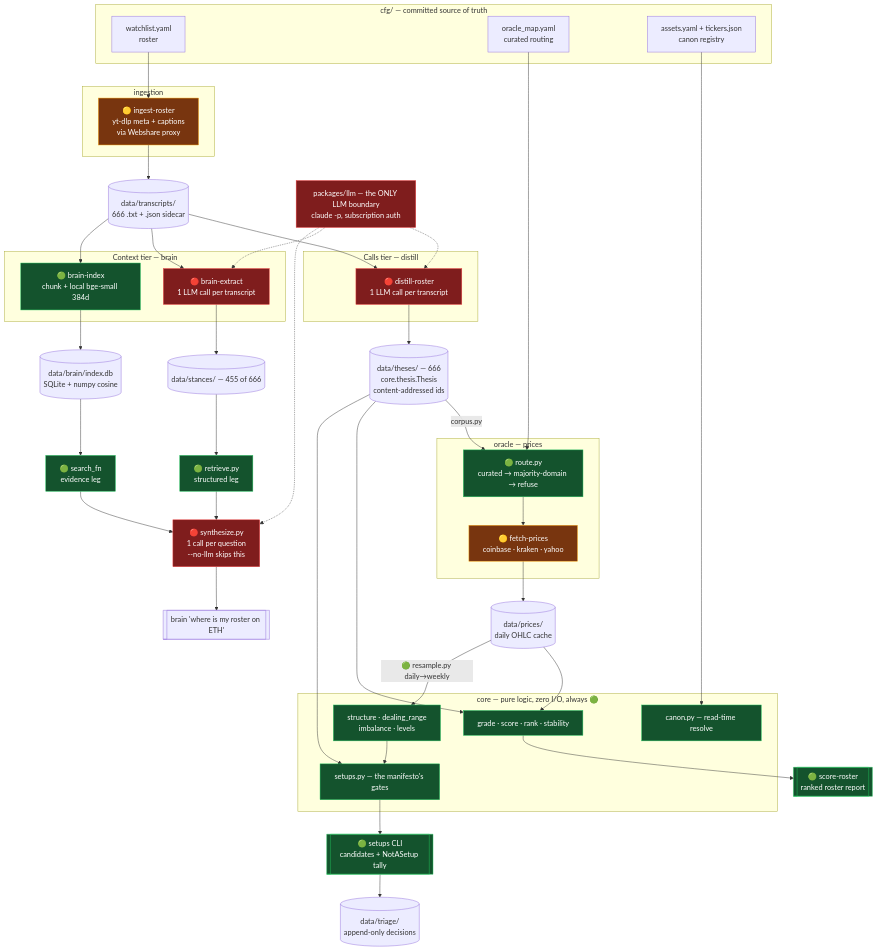
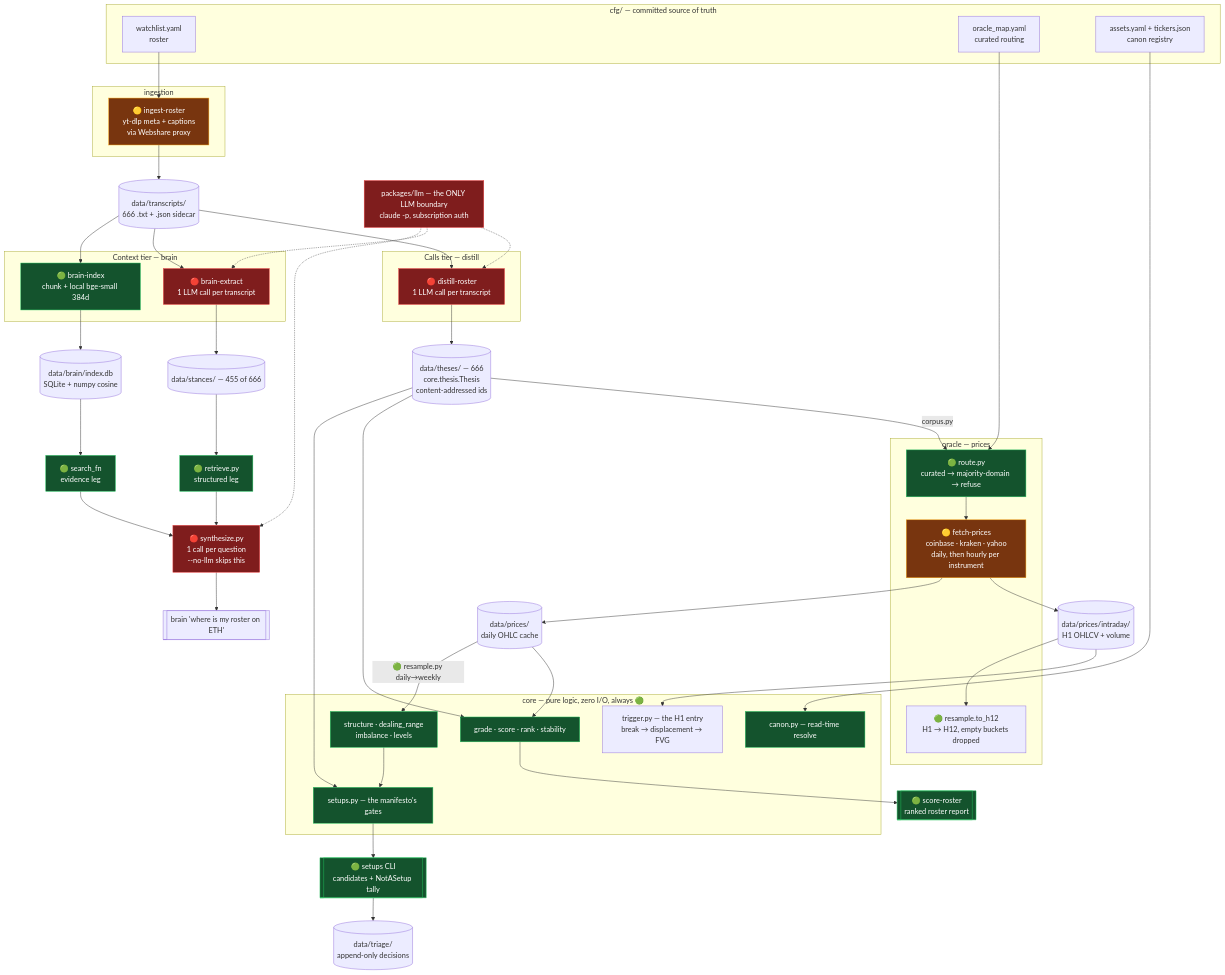
One commit to tseitz/tegan-trades changed the diagram in docs/ARCHITECTURE.md. Above: the diagram before and after it, drawn with Mermaid. The commit also changed other lines of this file and 2 other files, not shown here.

First line of the commit message:
docs: put the intraday path in ARCHITECTURE, and make the gate one command

````diff
--- a/docs/ARCHITECTURE.md
+++ b/docs/ARCHITECTURE.md
@@ -34,76 +34,81 @@
 ```mermaid
 flowchart TB
     subgraph cfg["cfg/ — committed source of truth"]
         WL[watchlist.yaml<br/>roster]
         OM[oracle_map.yaml<br/>curated routing]
         AS[assets.yaml + tickers.json<br/>canon registry]
     end
 
     subgraph ing["ingestion"]
         YT["🟡 ingest-roster<br/>yt-dlp meta + captions<br/>via Webshare proxy"]
     end
     TR[(data/transcripts/<br/>666 .txt + .json sidecar)]
 
     LLMB["packages/llm — the ONLY LLM boundary<br/>claude -p, subscription auth"]
 
     subgraph calls["Calls tier — distill"]
         DE["🔴 distill-roster<br/>1 LLM call per transcript"]
     end
     TH[(data/theses/ — 666<br/>core.thesis.Thesis<br/>content-addressed ids)]
 
     subgraph ctx["Context tier — brain"]
         BE["🔴 brain-extract<br/>1 LLM call per transcript"]
         BC["🟢 brain-index<br/>chunk + local bge-small 384d"]
     end
     ST[(data/stances/ — 455 of 666)]
     VS[(data/brain/index.db<br/>SQLite + numpy cosine)]
 
     subgraph orc["oracle — prices"]
         RT["🟢 route.py<br/>curated → majority-domain → refuse"]
-        SRC["🟡 fetch-prices<br/>coinbase · kraken · yahoo"]
+        SRC["🟡 fetch-prices<br/>coinbase · kraken · yahoo<br/>daily, then hourly per instrument"]
+        H12["🟢 resample.to_h12<br/>H1 → H12, empty buckets dropped"]
     end
     PR[(data/prices/<br/>daily OHLC cache)]
+    IN[(data/prices/intraday/<br/>H1 OHLCV + volume)]
 
     subgraph corepkg["core — pure logic, zero I/O, always 🟢"]
         GR[grade · score · rank · stability]
         STc[structure · dealing_range<br/>imbalance · levels]
+        TG[trigger.py — the H1 entry<br/>break → displacement → FVG]
         SU[setups.py — the manifesto's gates]
         CN[canon.py — read-time resolve]
     end
 
+    SRC --> IN --> H12
+    IN --> TG
     WL --> YT --> TR
     TR --> DE --> TH
     TR --> BE --> ST
     TR --> BC --> VS
     LLMB -.-> DE
     LLMB -.-> BE
     LLMB -.-> SYN
     AS --> CN
 
     TH -->|corpus.py| RT
     OM --> RT
     RT --> SRC --> PR
 
     PR --> GR
     TH --> GR
     GR --> RPT[["🟢 score-roster<br/>ranked roster report"]]
 
     PR -->|"🟢 resample.py daily→weekly"| STc
     STc --> SU
     TH --> SU
     SU --> SETUPS[["🟢 setups CLI<br/>candidates + NotASetup tally"]]
     SETUPS --> TRI[(data/triage/<br/>append-only decisions)]
 
     ST --> RET["🟢 retrieve.py<br/>structured leg"]
     VS --> RET2["🟢 search_fn<br/>evidence leg"]
     RET --> SYN
     RET2 --> SYN["🔴 synthesize.py<br/>1 call per question<br/>--no-llm skips this"]
     SYN --> ANS[["brain 'where is my roster on ETH'"]]
 
     classDef metered fill:#7f1d1d,stroke:#ef4444,color:#fff
     classDef network fill:#78350f,stroke:#f59e0b,color:#fff
     classDef free fill:#14532d,stroke:#22c55e,color:#fff
     class DE,BE,SYN,LLMB metered
     class YT,SRC network
     class BC,RT,GR,STc,SU,CN,RPT,SETUPS,RET,RET2 free
 ```
````
